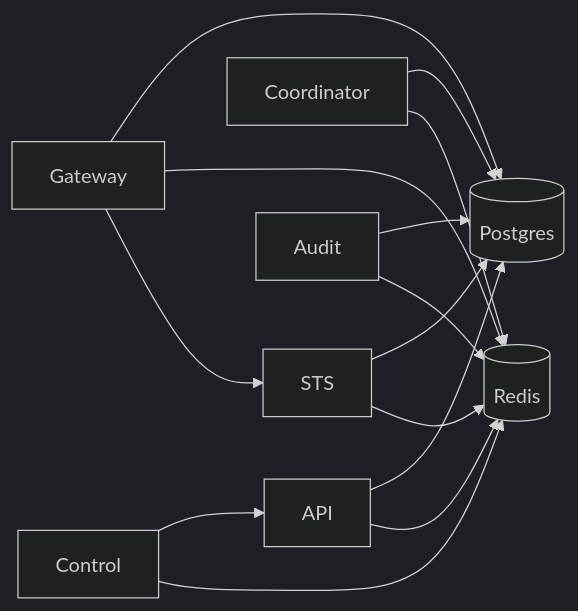
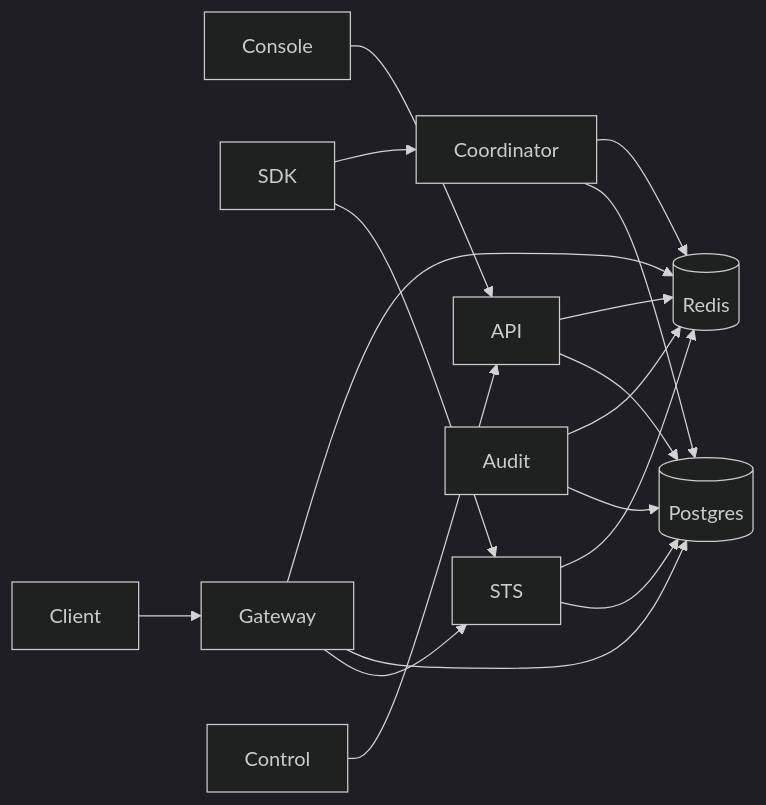
One commit to Garudex-Labs/caracal changed the diagram in docs/src/content/docs/services/index.mdx. Above: the diagram before and after it, drawn with Mermaid (dark theme). The commit also changed other lines of this file and 8 other files, not shown here.

````diff
--- a/docs/src/content/docs/services/index.mdx
+++ b/docs/src/content/docs/services/index.mdx
@@ -22,16 +22,11 @@
 ```mermaid
 flowchart LR
-  API --> Postgres[(Postgres)]
-  API --> Redis[(Redis)]
-  Coordinator --> Postgres
-  Coordinator --> Redis
-  STS --> Postgres
-  STS --> Redis
-  Gateway --> Postgres
-  Gateway --> Redis
+  Console --> API
+  SDK --> STS
+  SDK --> Coordinator
+  Client --> Gateway
   Gateway --> STS
-  Audit --> Postgres
-  Audit --> Redis
+  API & STS & Gateway & Coordinator & Audit --> Postgres[(Postgres)]
+  API & STS & Gateway & Coordinator & Audit --> Redis[(Redis)]
   Control --> API
-  Control --> Redis
 ```
````
